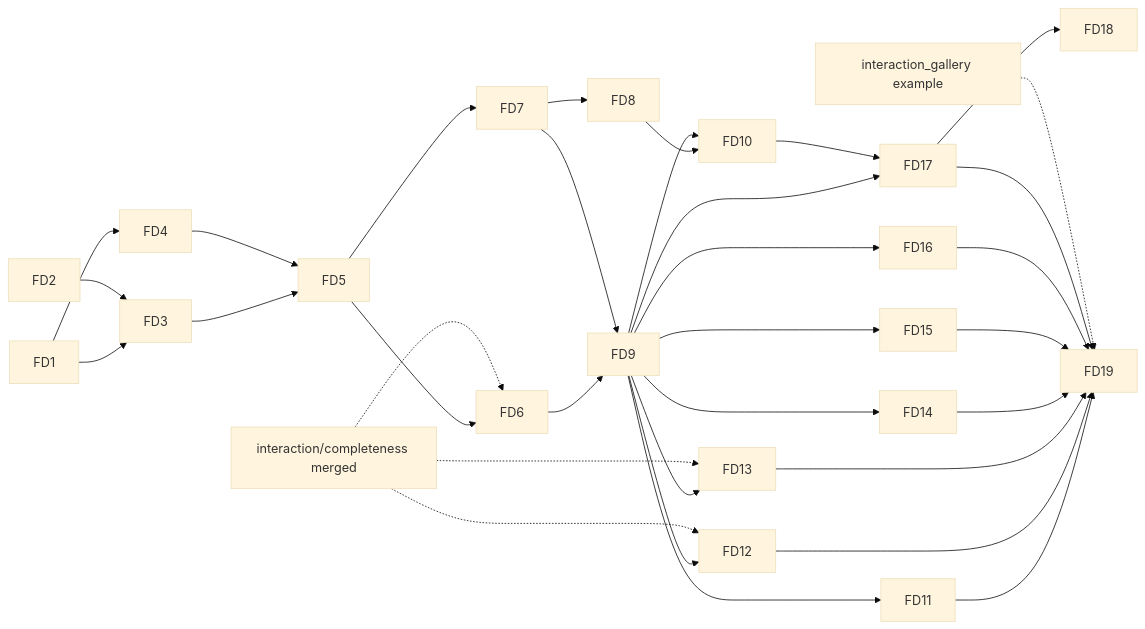
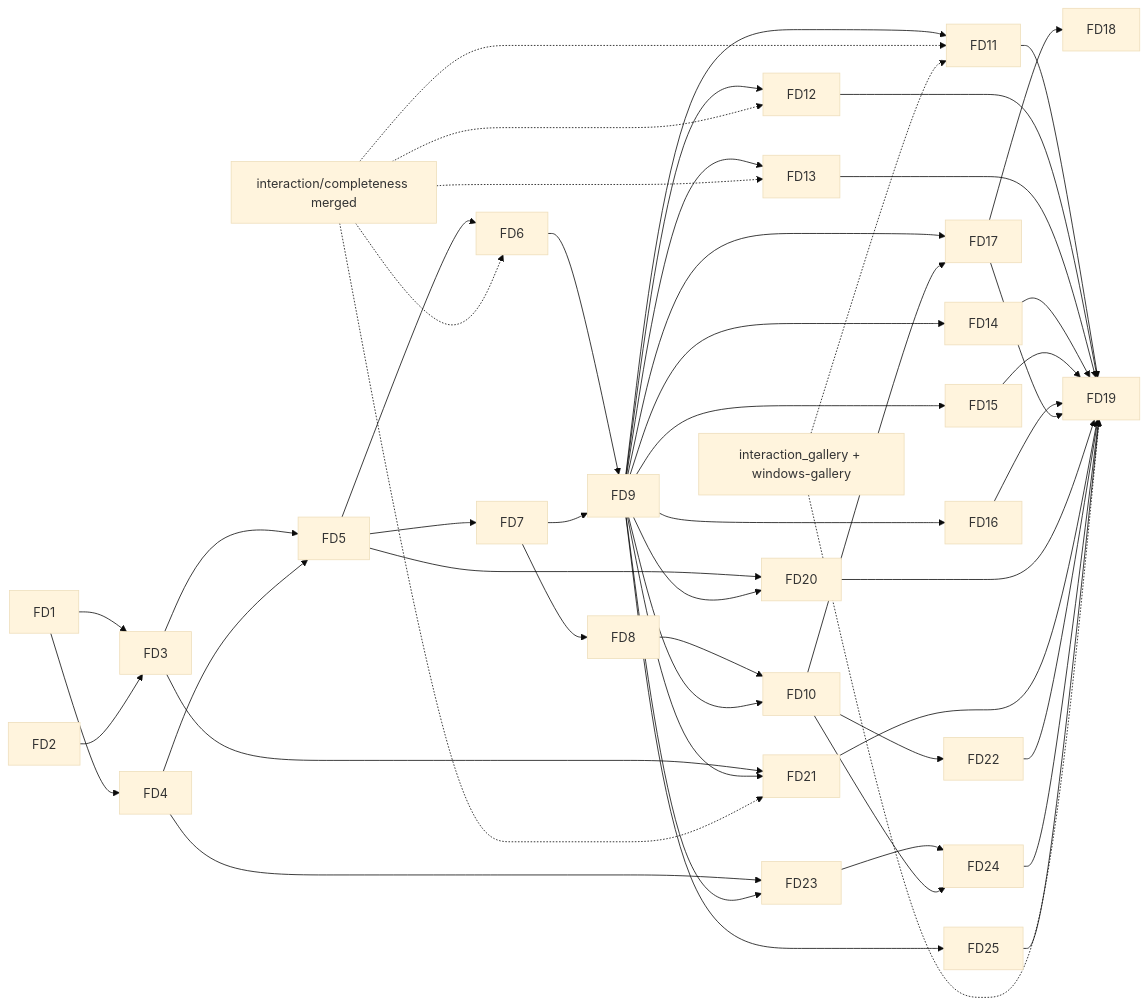
Before and after one commit to vanyastaff/flui: the diagram in docs/plans/specs/flui-driver/tasks.md, drawn with Mermaid (base theme). The commit also changed other lines of this file and 4 other files, not shown here.

````diff
--- a/docs/plans/specs/flui-driver/tasks.md
+++ b/docs/plans/specs/flui-driver/tasks.md
@@ -31,14 +40,20 @@
 ```mermaid
 graph LR
   FD1 --> FD3 & FD4
   FD2 --> FD3
   FD3 & FD4 --> FD5 --> FD6 & FD7
   FD7 --> FD8
   FD6 & FD7 --> FD9
   FD8 & FD9 --> FD10
   FD9 --> FD11 & FD12 & FD13 & FD14 & FD15 & FD16
   FD9 & FD10 --> FD17 --> FD18
-  FD11 & FD12 & FD13 & FD14 & FD15 & FD16 & FD17 --> FD19
-  IC["interaction/completeness merged"] -.-> FD6 & FD12 & FD13
-  GAL["interaction_gallery example"] -.-> FD19
+  FD5 & FD9 --> FD20
+  FD3 & FD9 --> FD21
+  FD10 --> FD22
+  FD4 & FD9 --> FD23 --> FD24
+  FD10 --> FD24
+  FD9 --> FD25
+  FD11 & FD12 & FD13 & FD14 & FD15 & FD16 & FD17 & FD20 & FD21 & FD22 & FD24 & FD25 --> FD19
+  IC["interaction/completeness merged"] -.-> FD6 & FD11 & FD12 & FD13 & FD21
+  GAL["interaction_gallery + windows-gallery"] -.-> FD11 & FD19
 ```
````
